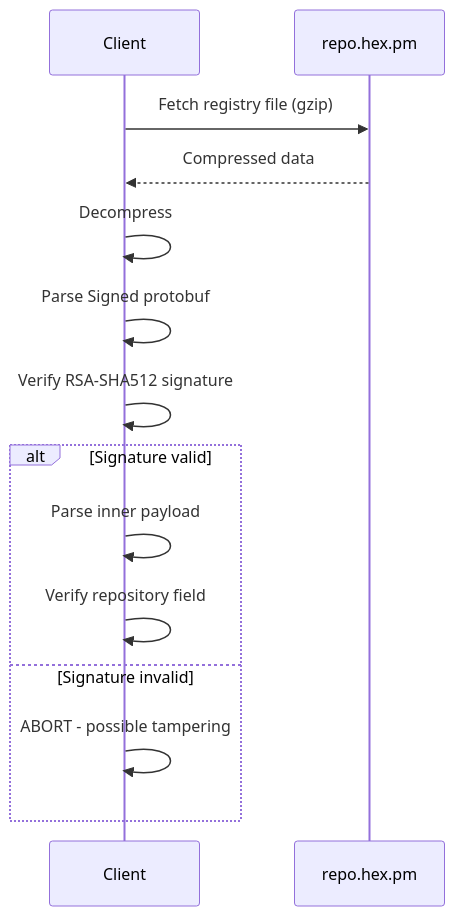
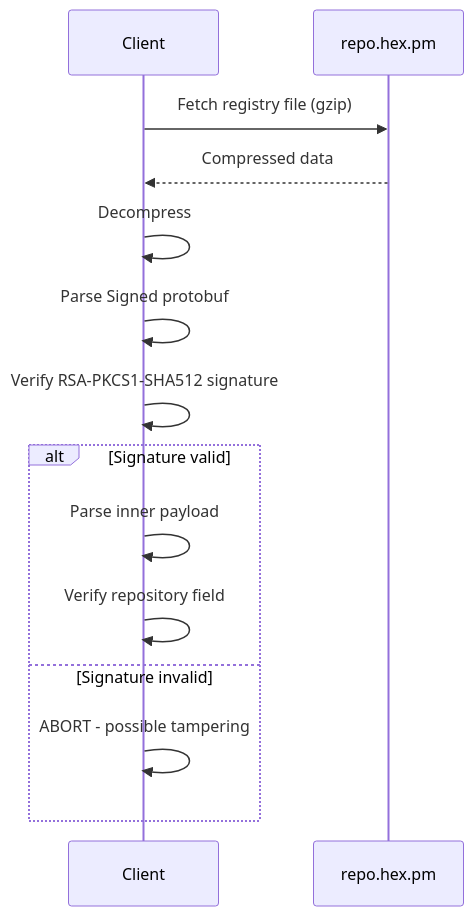
Before and after one commit to hexpm/specifications: the first of 2 diagrams in security/supply-chain/signing.md, drawn with Mermaid. The commit also changed 15 other files, not shown here.

````diff
--- a/security/supply-chain/signing.md
+++ b/security/supply-chain/signing.md
@@ -40,17 +40,17 @@
 ```mermaid
 sequenceDiagram
     participant Client
     participant CDN as repo.hex.pm
 
     Client->>CDN: Fetch registry file (gzip)
     CDN-->>Client: Compressed data
     Client->>Client: Decompress
     Client->>Client: Parse Signed protobuf
-    Client->>Client: Verify RSA-SHA512 signature
+    Client->>Client: Verify RSA-PKCS1-SHA512 signature
     alt Signature valid
         Client->>Client: Parse inner payload
         Client->>Client: Verify repository field
     else Signature invalid
         Client->>Client: ABORT - possible tampering
     end
 ```
````
